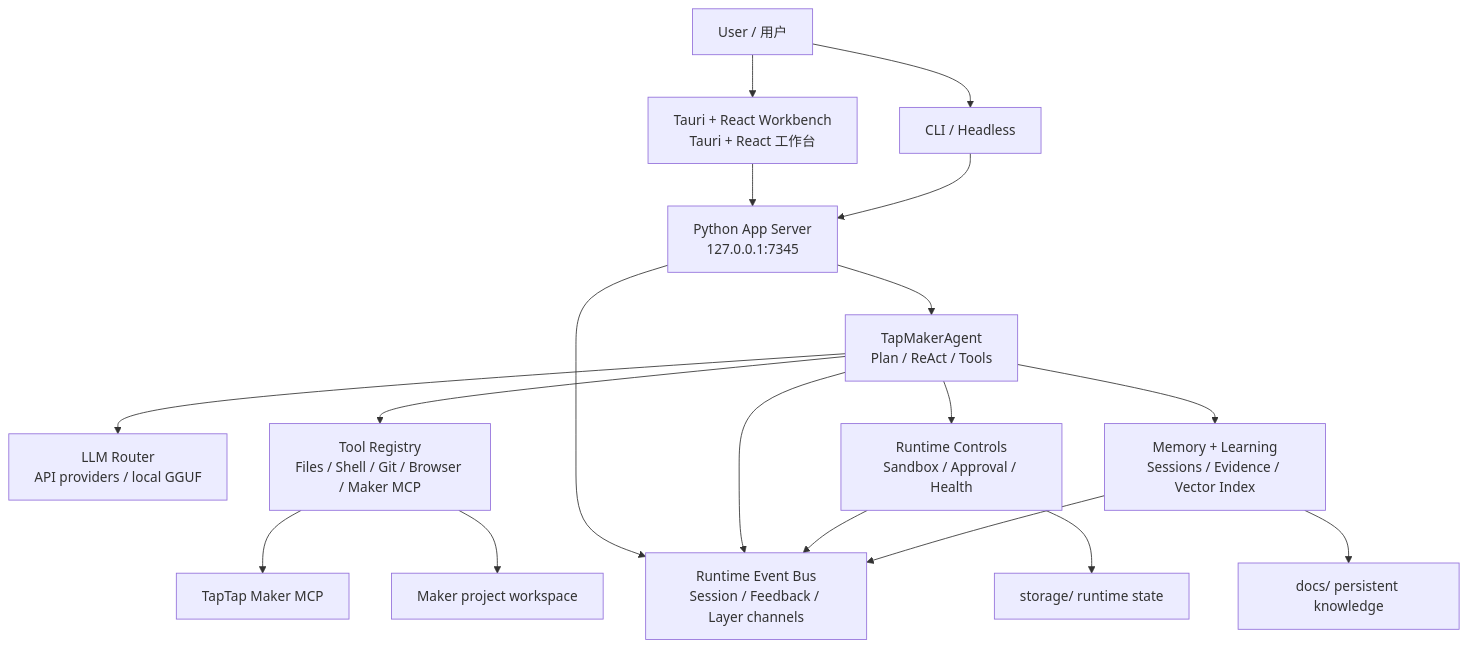
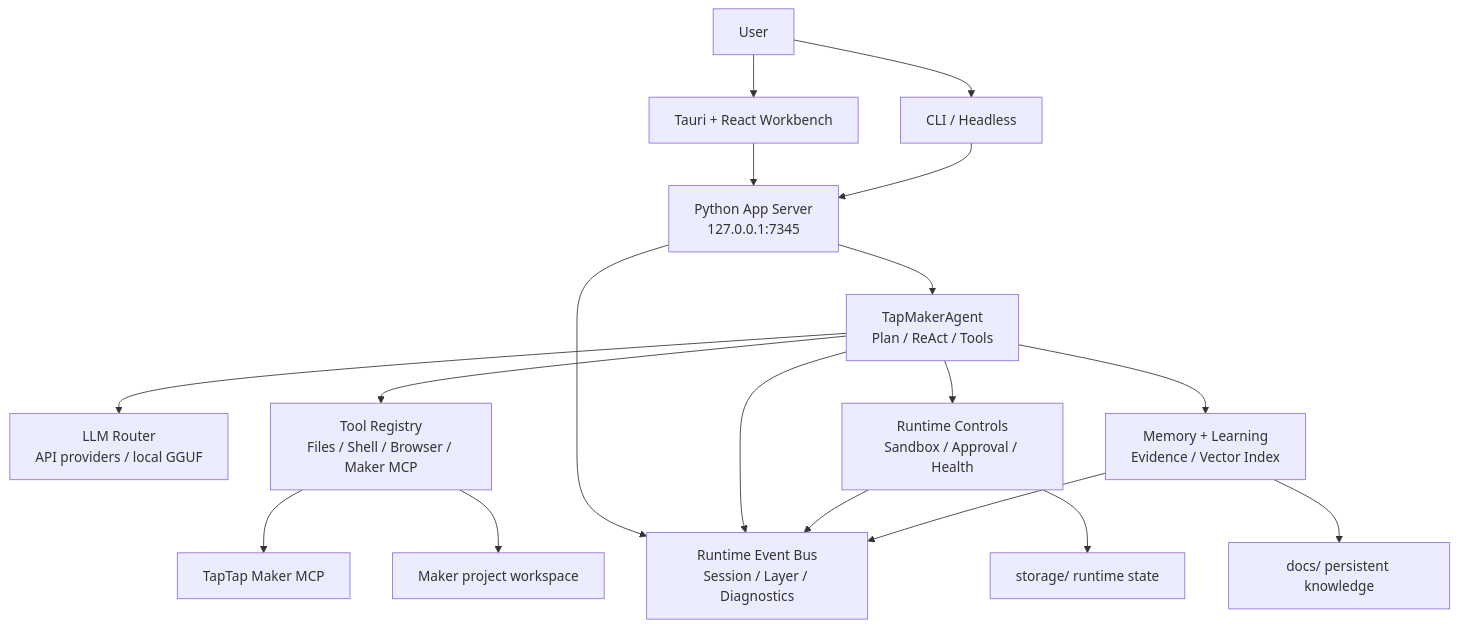
Before and after one commit to KingSystemHaiGo/TTMEvolve: the diagram in README.md, drawn with Mermaid. The commit also changed other lines of this file and 5 other files, not shown here.

````diff
--- a/README.md
+++ b/README.md
@@ -73,23 +58,23 @@
 ```mermaid
 flowchart TB
-    User["User / 用户"] --> GUI["Tauri + React Workbench<br/>Tauri + React 工作台"]
+    User["User"] --> GUI["Tauri + React Workbench"]
     User --> CLI["CLI / Headless"]
 
     GUI --> Server["Python App Server<br/>127.0.0.1:7345"]
     CLI --> Server
 
     Server --> Agent["TapMakerAgent<br/>Plan / ReAct / Tools"]
     Agent --> LLM["LLM Router<br/>API providers / local GGUF"]
-    Agent --> Tools["Tool Registry<br/>Files / Shell / Git / Browser / Maker MCP"]
+    Agent --> Tools["Tool Registry<br/>Files / Shell / Browser / Maker MCP"]
     Agent --> Runtime["Runtime Controls<br/>Sandbox / Approval / Health"]
-    Agent --> Memory["Memory + Learning<br/>Sessions / Evidence / Vector Index"]
-    Server --> Bus["Runtime Event Bus<br/>Session / Feedback / Layer channels"]
+    Agent --> Memory["Memory + Learning<br/>Evidence / Vector Index"]
+    Server --> Bus["Runtime Event Bus<br/>Session / Layer / Diagnostics"]
     Agent --> Bus
     Runtime --> Bus
     Memory --> Bus
 
     Tools --> Maker["TapTap Maker MCP"]
     Tools --> Project["Maker project workspace"]
     Runtime --> Storage["storage/ runtime state"]
     Memory --> Docs["docs/ persistent knowledge"]
 ```
````
